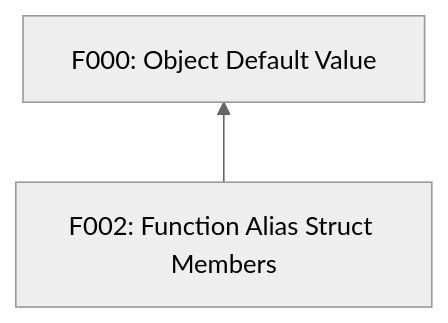
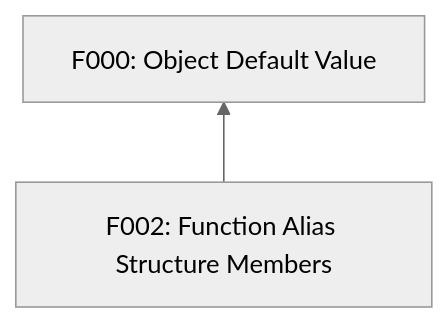
One commit to cx-prog-lang/.github changed the diagram in features/switch_in_struct.md. Above: the diagram before and after it, drawn with Mermaid (neutral theme). The commit also changed other lines of this file, not shown here.

````diff
--- a/features/switch_in_struct.md
+++ b/features/switch_in_struct.md
@@ -178,6 +178,6 @@
 ```mermaid
 graph BT;
-  f002["F002: Function Alias Struct Members"]
+  f002["F002: Function Alias Structure Members"]
   f000["F000: Object Default Value"]
   f002 --> f000
 ```
````
